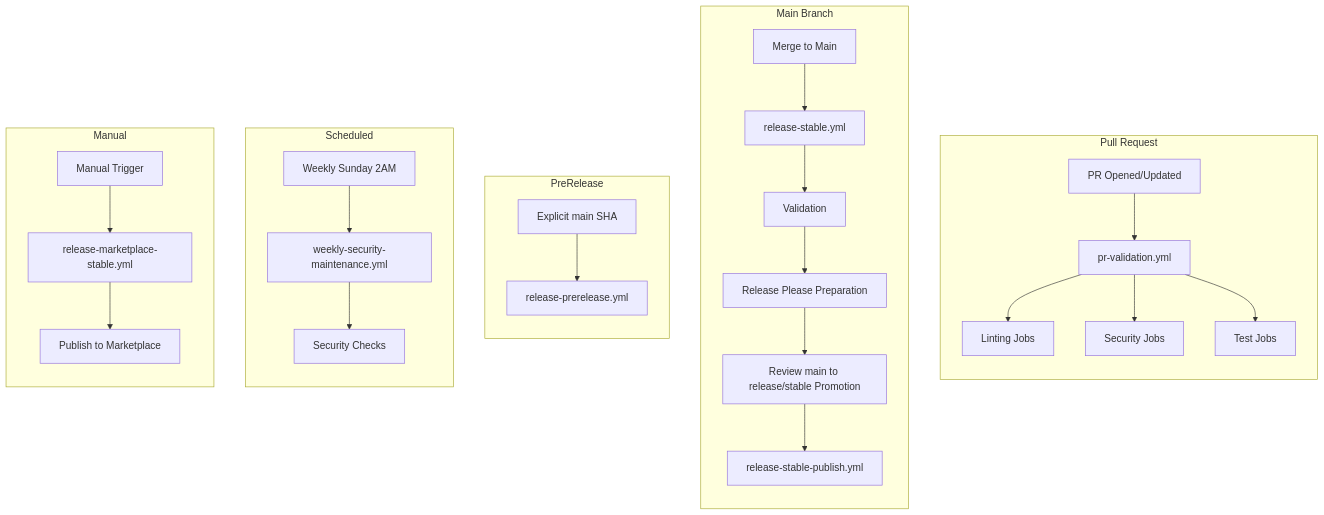
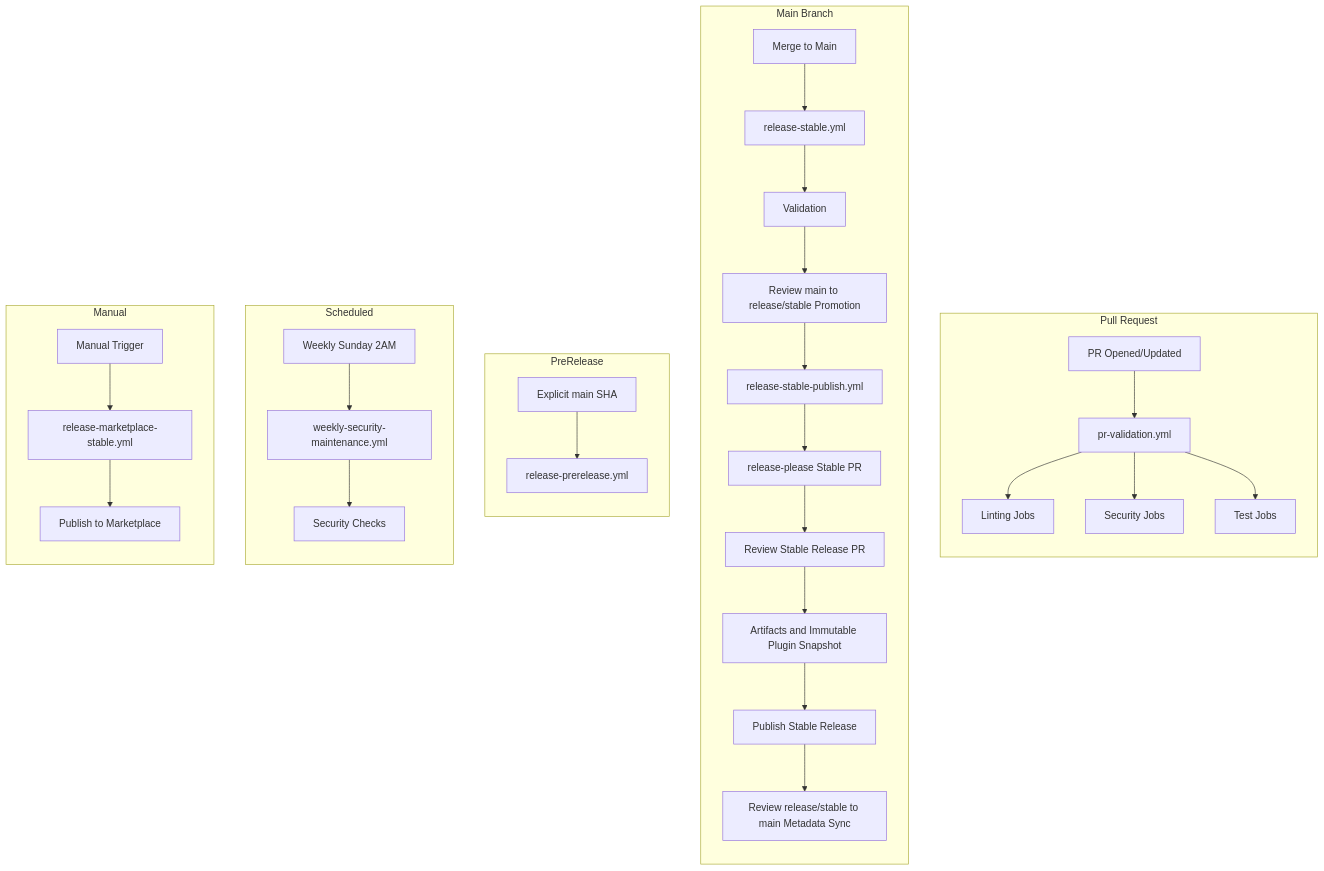
One commit to microsoft/hve-core changed the first of 4 diagrams in docs/architecture/workflows.md. Above: the diagram before and after it, drawn with Mermaid. The commit also changed other lines of this file and 31 other files, not shown here.

First line of the commit message:
feat(workflows): centralize release orchestration and plugin snapshots

````diff
--- a/docs/architecture/workflows.md
+++ b/docs/architecture/workflows.md
@@ -14,36 +14,40 @@
 ```mermaid
 flowchart TD
     subgraph PR["Pull Request"]
         direction TB
         PR1[PR Opened/Updated] --> PV[pr-validation.yml]
         PV --> LINT[Linting Jobs]
         PV --> SEC[Security Jobs]
         PV --> TEST[Test Jobs]
     end
 
     subgraph MAIN["Main Branch"]
         direction TB
         MERGE[Merge to Main] --> MN[release-stable.yml]
         MN --> VAL[Validation]
-        VAL --> REL[Release Please Preparation]
-        REL --> PROMO[Review main to release/stable Promotion]
+        VAL --> PROMO[Review main to release/stable Promotion]
         PROMO --> STABLE[release-stable-publish.yml]
+        STABLE --> REL[release-please Stable PR]
+        REL --> REVIEW[Review Stable Release PR]
+        REVIEW --> EVIDENCE[Artifacts and Immutable Plugin Snapshot]
+        EVIDENCE --> PUBLISH[Publish Stable Release]
+        PUBLISH --> SYNC[Review release/stable to main Metadata Sync]
     end
 
     subgraph PRE["PreRelease"]
         direction TB
         SHA[Explicit main SHA] --> PRE_RELEASE[release-prerelease.yml]
     end
 
     subgraph SCHED["Scheduled"]
         direction TB
         CRON[Weekly Sunday 2AM] --> WEEKLY[weekly-security-maintenance.yml]
         WEEKLY --> SECCHECK[Security Checks]
     end
 
     subgraph MANUAL["Manual"]
         direction TB
         DISPATCH[Manual Trigger] --> PUB[release-marketplace-stable.yml]
         PUB --> VSCE[Publish to Marketplace]
     end
 ```
````
